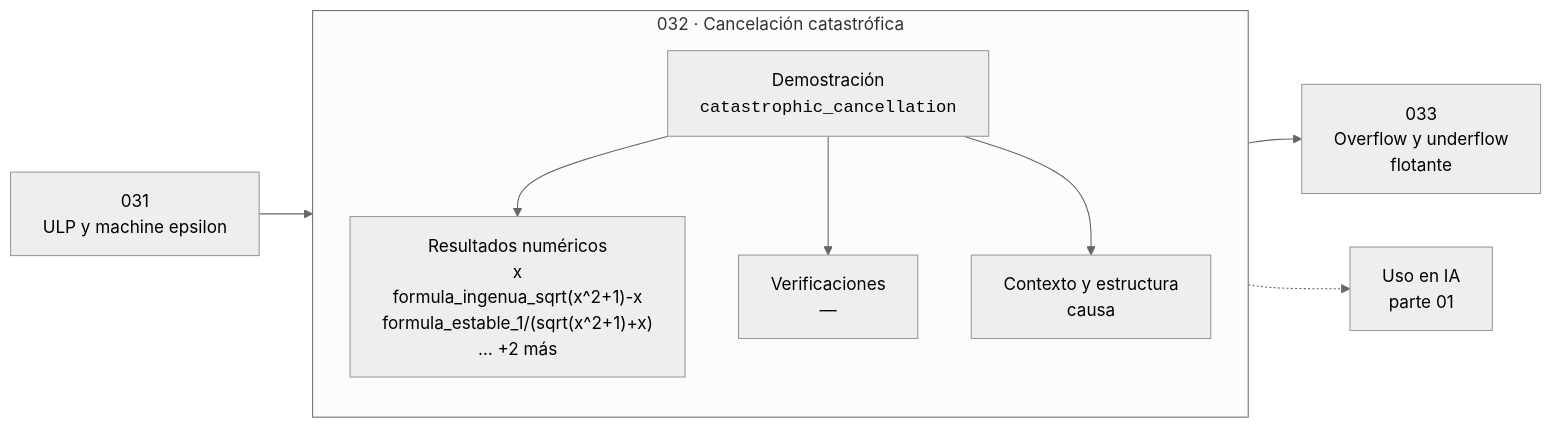
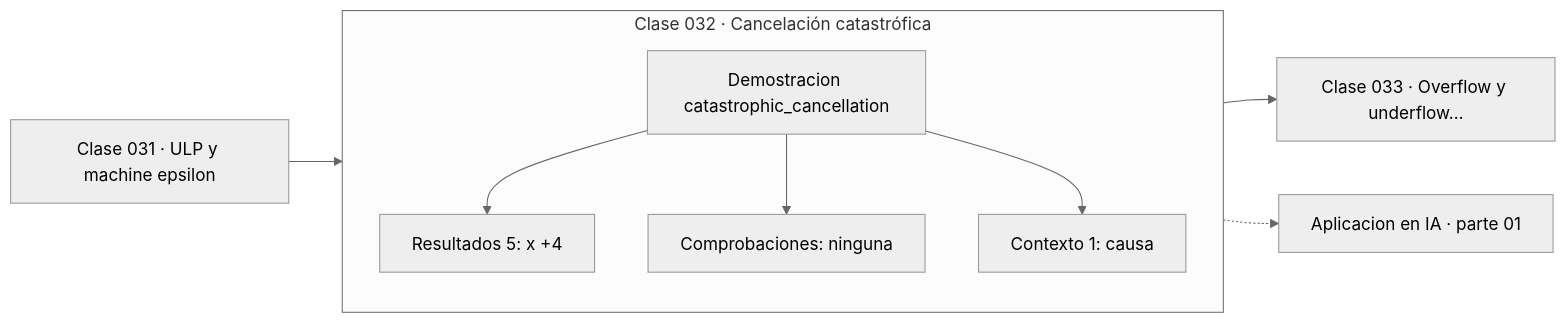
Before and after one commit to vladimiracunadev-create/computational-mathematics-program: the diagram in classes/part-01-aritmetica-computacional-y-representacion-numerica/032-cancelacion-catastrofica/README.md, drawn with Mermaid (neutral theme). The commit also changed 389 other files, not shown here.

First line of the commit message:
fix(diagramas): elimina el HTML de las etiquetas Mermaid

````diff
--- a/classes/part-01-aritmetica-computacional-y-representacion-numerica/032-cancelacion-catastrofica/README.md
+++ b/classes/part-01-aritmetica-computacional-y-representacion-numerica/032-cancelacion-catastrofica/README.md
@@ -35,12 +35,13 @@
 ```mermaid
 flowchart LR
-    P["031<br/>ULP y machine epsilon"] --> C
-    subgraph C["032 · Cancelación catastrófica"]
+    P["Clase 031 · ULP y machine epsilon"] --> D
+    subgraph CLASE["Clase 032 · Cancelación catastrófica"]
         direction TB
-        D["Demostración<br/><code>catastrophic_cancellation</code>"] --> R["Resultados numéricos<br/>x<br/>formula_ingenua_sqrt(x^2+1)-x<br/>formula_estable_1/(sqrt(x^2+1)+x)<br/>… +2 más"]
-        D --> V["Verificaciones<br/>—"]
-        D --> O["Contexto y estructura<br/>causa"]
+        D["Demostracion catastrophic_cancellation"]
+        D --> R["Resultados 5: x +4"]
+        D --> V["Comprobaciones: ninguna"]
+        D --> O["Contexto 1: causa"]
     end
-    C --> N["033<br/>Overflow y underflow<br/>flotante"]
-    C -.-> IA["Uso en IA<br/>parte 01"]
+    R --> N["Clase 033 · Overflow y underflow…"]
+    V -.-> IA["Aplicacion en IA · parte 01"]
 ```
````
